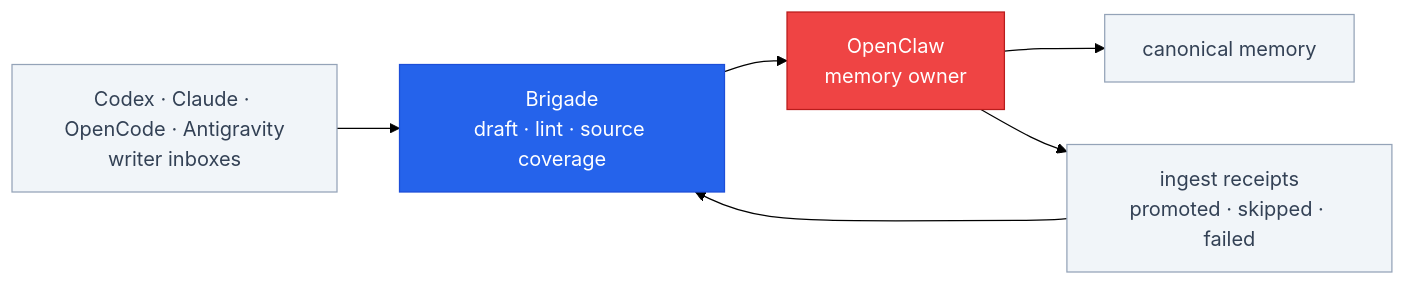
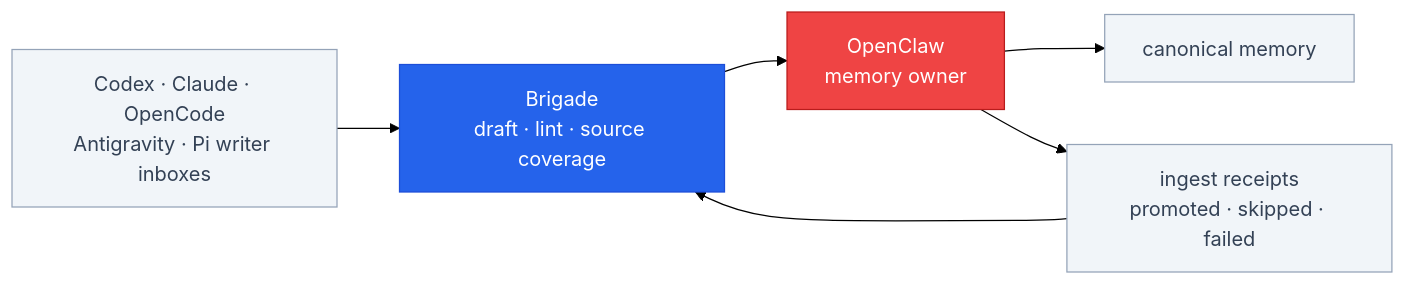
One commit to escoffier-labs/brigade changed diagram 11 of 13 in README.md. Above: the diagram before and after it, drawn with Mermaid (forest theme). The commit also changed other lines of this file and 38 other files, not shown here.

````diff
--- a/README.md
+++ b/README.md
@@ -575,18 +577,18 @@
 ```mermaid
 flowchart LR
-    WRITERS["Codex · Claude · OpenCode · Antigravity<br/>writer inboxes"]
+    WRITERS["Codex · Claude · OpenCode<br/>Antigravity · Pi writer inboxes"]
     BRIGADE["Brigade<br/>draft · lint · source coverage"]
     OPENCLAW["OpenClaw<br/>memory owner"]
     MEMORY["canonical memory"]
     RECEIPTS["ingest receipts<br/>promoted · skipped · failed"]
 
     WRITERS --> BRIGADE --> OPENCLAW --> MEMORY
     OPENCLAW --> RECEIPTS --> BRIGADE
 
     classDef brigade fill:#2563eb,stroke:#1d4ed8,color:#fff;
     classDef owner fill:#ef4444,stroke:#b91c1c,color:#fff;
     classDef local fill:#f1f5f9,stroke:#94a3b8,color:#334155;
     class BRIGADE brigade;
     class OPENCLAW owner;
     class WRITERS,MEMORY,RECEIPTS local;
 ```
````
